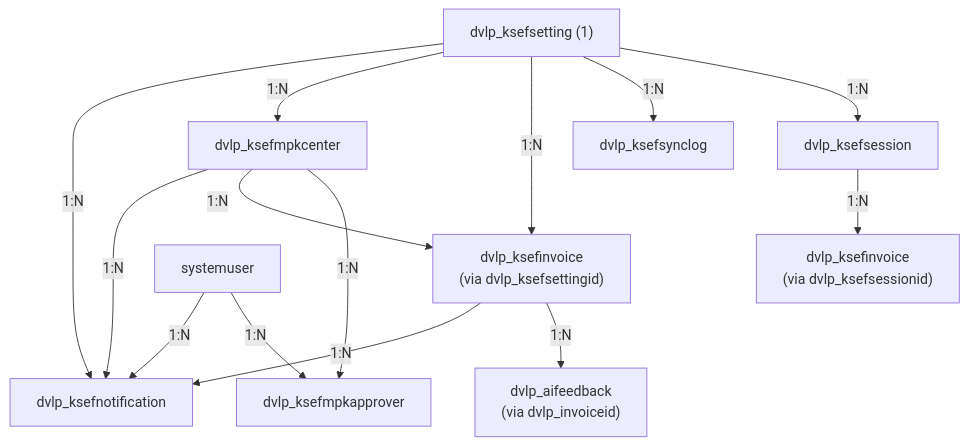
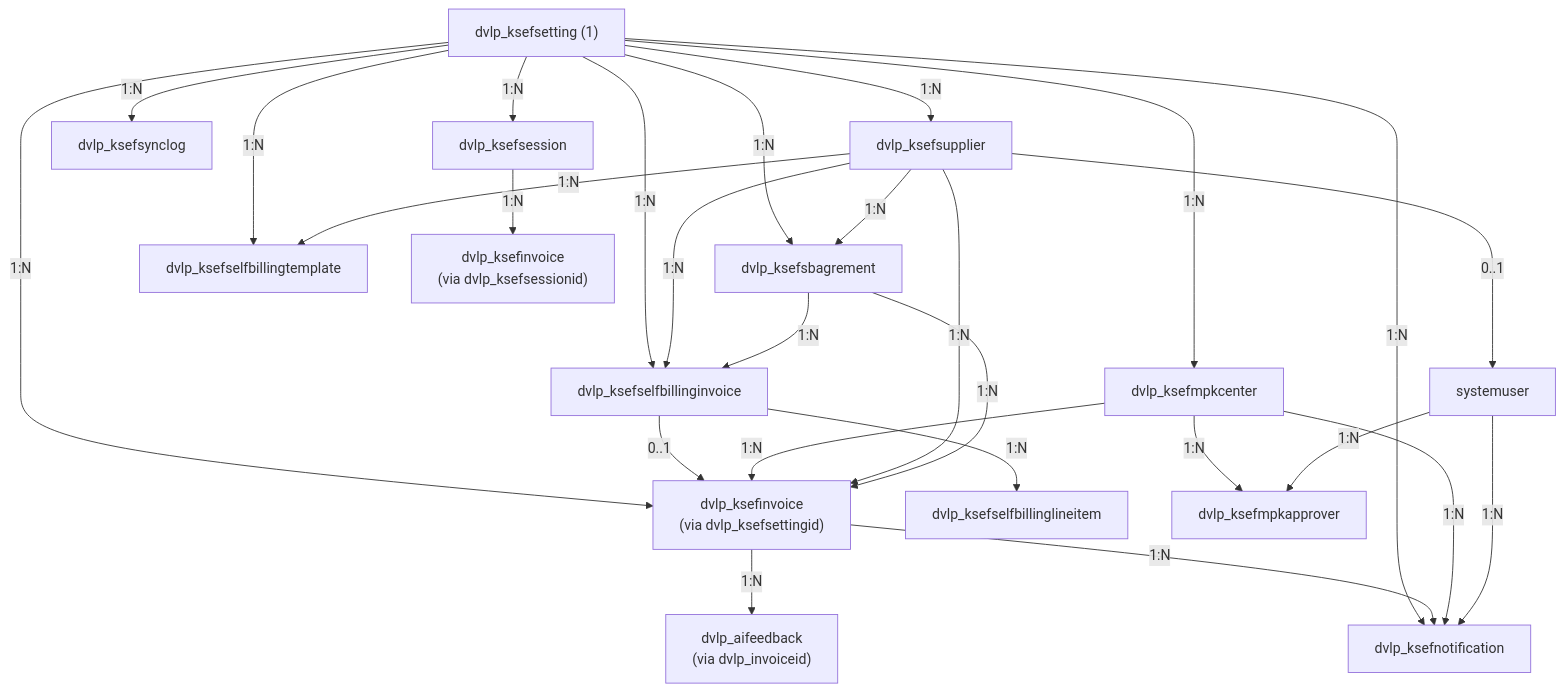
The diagram in docs/en/DATAVERSE_SCHEMA.md (Developico/KSeF-Copilot), drawn with Mermaid before and after one commit. The commit also changed other lines of this file and 281 other files, not shown here.

````diff
--- a/docs/en/DATAVERSE_SCHEMA.md
+++ b/docs/en/DATAVERSE_SCHEMA.md
@@ -978,16 +1290,29 @@
 ```mermaid
 graph TD
     Setting["dvlp_ksefsetting (1)"] -->|1:N| Session["dvlp_ksefsession"]
     Setting -->|1:N| SyncLog["dvlp_ksefsynclog"]
     Setting -->|1:N| Invoice1["dvlp_ksefinvoice<br/>(via dvlp_ksefsettingid)"]
     Setting -->|1:N| MpkCenter["dvlp_ksefmpkcenter"]
     Setting -->|1:N| Notification["dvlp_ksefnotification"]
+    Setting -->|1:N| Supplier["dvlp_ksefsupplier"]
+    Setting -->|1:N| SbAgree["dvlp_ksefsbagrement"]
+    Setting -->|1:N| SbTmpl["dvlp_ksefselfbillingtemplate"]
+    Setting -->|1:N| SbInv["dvlp_ksefselfbillinginvoice"]
+    Supplier -->|1:N| SbInv
+    SbAgree -->|1:N| SbInv
+    SbInv -->|1:N| SbLineItem["dvlp_ksefselfbillinglineitem"]
+    SbInv -->|0..1| Invoice1
+    Supplier -->|0..1| SystemUser["systemuser (SB Contact)"]
     Session -->|1:N| Invoice2["dvlp_ksefinvoice<br/>(via dvlp_ksefsessionid)"]
     Invoice1 -->|1:N| Feedback["dvlp_aifeedback<br/>(via dvlp_invoiceid)"]
     Invoice1 -->|1:N| Notification
     MpkCenter -->|1:N| Approver["dvlp_ksefmpkapprover"]
     MpkCenter -->|1:N| Invoice1
     MpkCenter -->|1:N| Notification
+    Supplier -->|1:N| SbAgree
+    Supplier -->|1:N| SbTmpl
+    Supplier -->|1:N| Invoice1
+    SbAgree -->|1:N| Invoice1
     SystemUser["systemuser"] -->|1:N| Approver
     SystemUser -->|1:N| Notification
 ```
````
